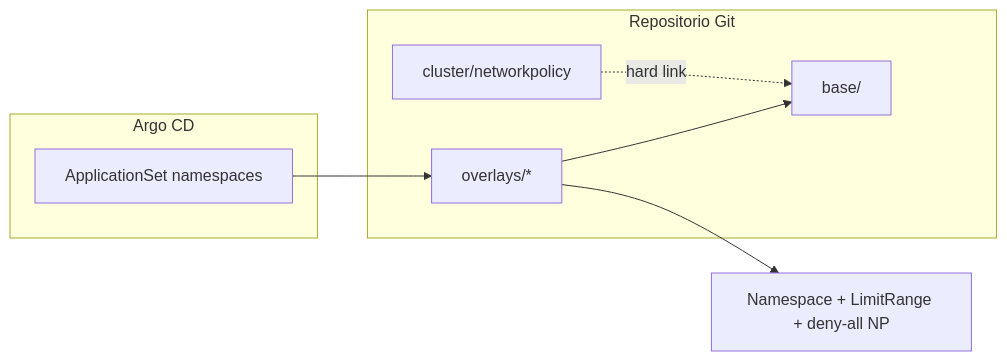
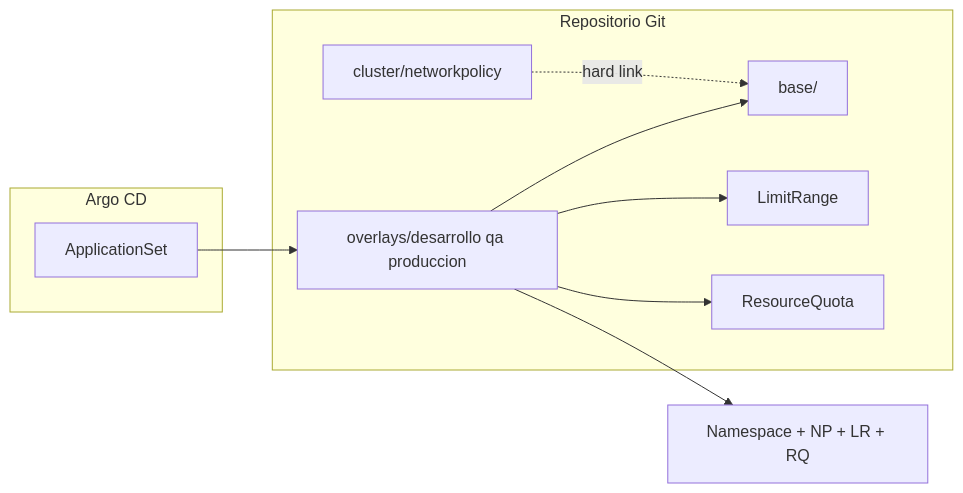
The diagram in README.md (alexanderbenitezbracho-web/workshop-namespaces-argocd), drawn with Mermaid before and after one commit. The commit also changed other lines of this file, not shown here.

````diff
--- a/README.md
+++ b/README.md
@@ -44,15 +140,17 @@
 ```mermaid
 flowchart LR
   subgraph git [Repositorio Git]
     cluster[cluster/networkpolicy]
     base[base/]
-    overlays[overlays/*]
+    overlays[overlays/desarrollo qa produccion]
     cluster -.->|hard link| base
     overlays --> base
+    overlays --> LR[LimitRange]
+    overlays --> RQ[ResourceQuota]
   end
   subgraph argo [Argo CD]
-    appset[ApplicationSet namespaces]
+    appset[ApplicationSet]
     appset --> overlays
   end
-  overlays --> NS[Namespace + LimitRange + deny-all NP]
+  overlays --> NS[Namespace + NP + LR + RQ]
 ```
````
